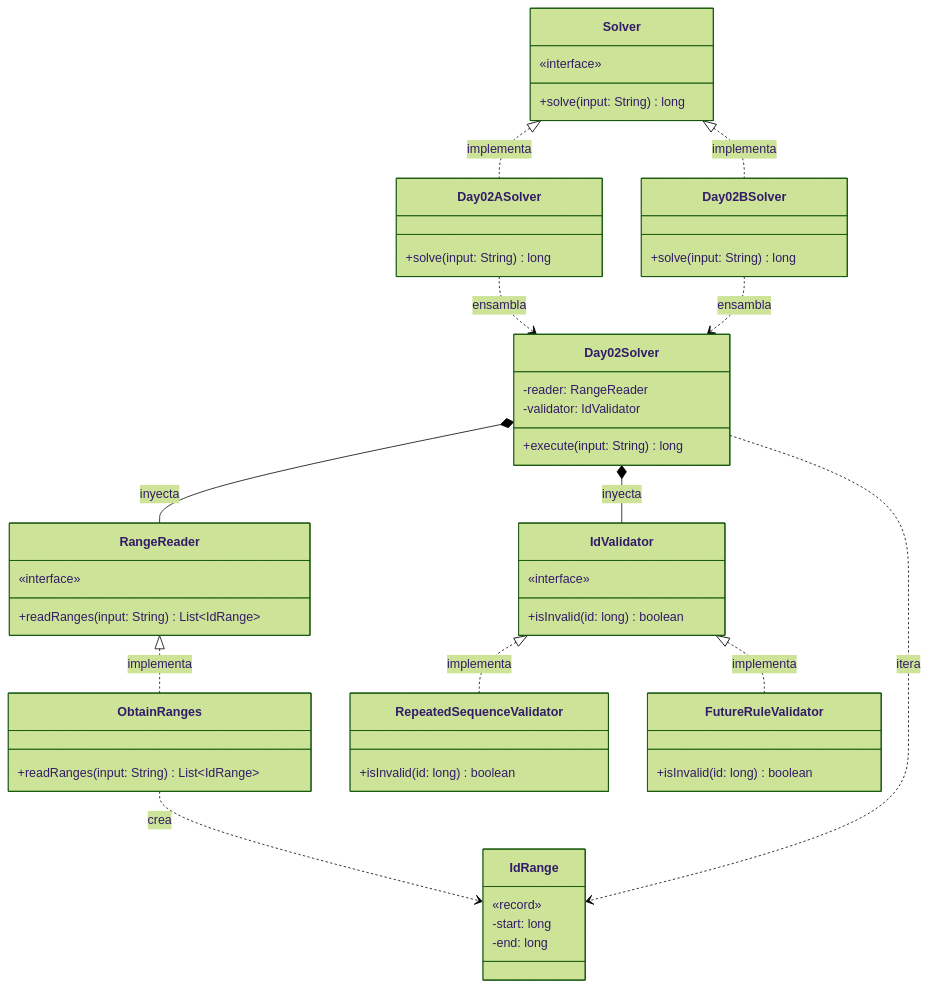
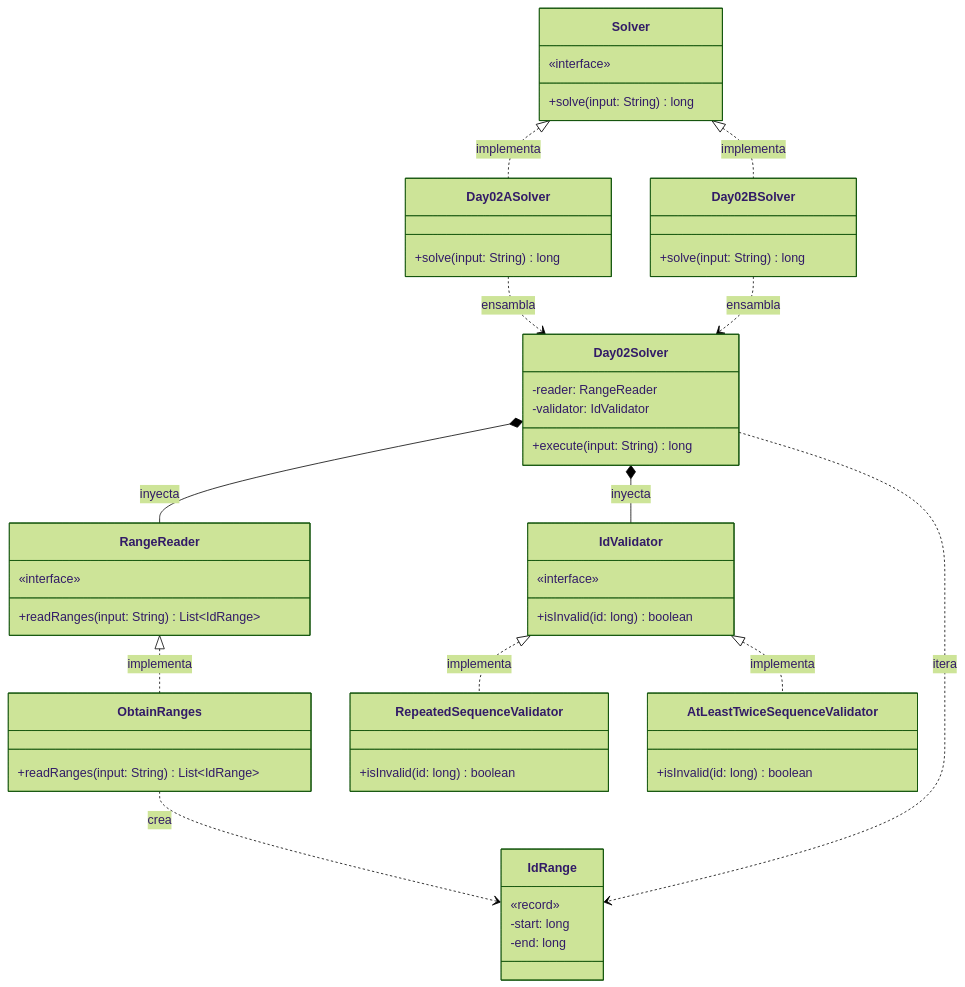
The diagram in src/main/java/software/aoc/day02/README.md (ivanperezdiaz829/AoC2025), drawn with Mermaid (forest theme) before and after one commit. The commit also changed other lines of this file and 1 other file, not shown here.

Commit message:
fix(README): Diagram improvements added

````diff
--- a/src/main/java/software/aoc/day02/README.md
+++ b/src/main/java/software/aoc/day02/README.md
@@ -39,66 +38,66 @@
 ```mermaid
 classDiagram
   class Solver {
     «interface»
     +solve(input: String) long
   }
 
   class Day02ASolver {
     +solve(input: String) long
   }
 
   class Day02BSolver {
     +solve(input: String) long
   }
 
   class Day02Solver {
     -reader: RangeReader
     -validator: IdValidator
     +execute(input: String) long
   }
 
   class IdRange {
     «record»
     -start: long
     -end: long
   }
 
   class RangeReader {
     «interface»
     +readRanges(input: String) List~IdRange~
   }
 
   class ObtainRanges {
     +readRanges(input: String) List~IdRange~
   }
 
   class IdValidator {
     «interface»
     +isInvalid(id: long) boolean
   }
 
   class RepeatedSequenceValidator {
     +isInvalid(id: long) boolean
   }
 
-  class FutureRuleValidator {
+  class AtLeastTwiceSequenceValidator {
     +isInvalid(id: long) boolean
   }
 
 %% Relaciones de Implementación
   Solver <|.. Day02ASolver : implementa
   Solver <|.. Day02BSolver : implementa
   RangeReader <|.. ObtainRanges : implementa
   IdValidator <|.. RepeatedSequenceValidator : implementa
-  IdValidator <|.. FutureRuleValidator : implementa
+  IdValidator <|.. AtLeastTwiceSequenceValidator : implementa
 
 %% Relaciones de Orquestación e Inyección
   Day02ASolver ..> Day02Solver : ensambla
   Day02BSolver ..> Day02Solver : ensambla
   Day02Solver *-- RangeReader : inyecta
   Day02Solver *-- IdValidator : inyecta
 
 %% Dependencias de Dominio (Value Objects e Inmutabilidad)
   ObtainRanges ..> IdRange : crea
   Day02Solver ..> IdRange : itera
 ```
````
